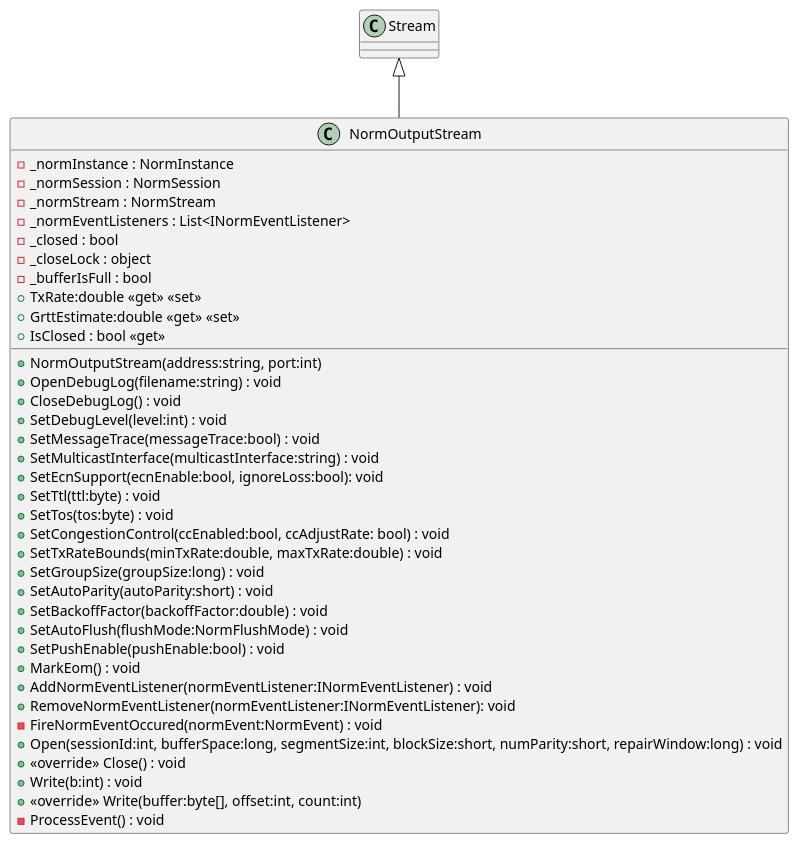
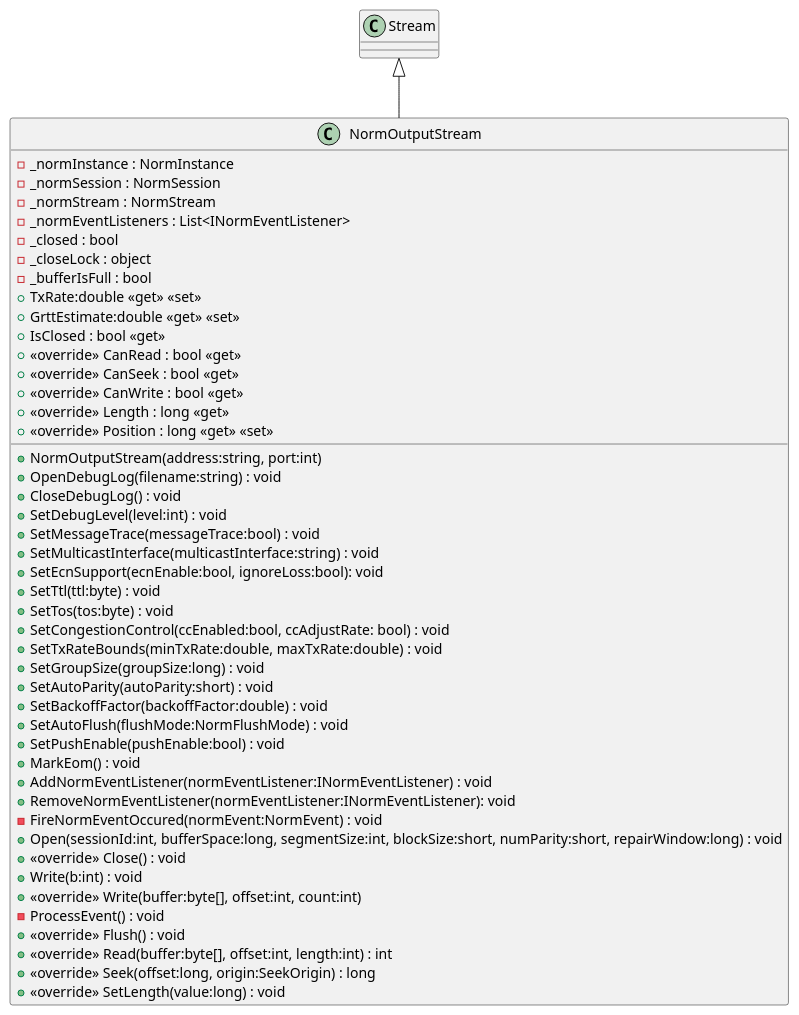
One commit to mullerj/norm changed the diagram in src/dotnet/design/Mil/Navy/Nrl/Norm/IO/NormOutputStream.puml. Above: the diagram before and after it, drawn with PlantUML. The commit also changed 1 other file, not shown here.

```diff
--- a/src/dotnet/design/Mil/Navy/Nrl/Norm/IO/NormOutputStream.puml
+++ b/src/dotnet/design/Mil/Navy/Nrl/Norm/IO/NormOutputStream.puml
@@ -1,40 +1,49 @@
 @startuml
 class NormOutputStream {
     - _normInstance : NormInstance
     - _normSession : NormSession
     - _normStream : NormStream
     - _normEventListeners : List<INormEventListener>
     - _closed : bool
     - _closeLock : object
     - _bufferIsFull : bool
     + NormOutputStream(address:string, port:int)
     + OpenDebugLog(filename:string) : void
     + CloseDebugLog() : void
     + SetDebugLevel(level:int) : void
     + SetMessageTrace(messageTrace:bool) : void
     + SetMulticastInterface(multicastInterface:string) : void
     + SetEcnSupport(ecnEnable:bool, ignoreLoss:bool): void
     + SetTtl(ttl:byte) : void
     + SetTos(tos:byte) : void
     + SetCongestionControl(ccEnabled:bool, ccAdjustRate: bool) : void
     + SetTxRateBounds(minTxRate:double, maxTxRate:double) : void
     + TxRate:double <<get>> <<set>>
     + GrttEstimate:double <<get>> <<set>>
     + SetGroupSize(groupSize:long) : void
     + SetAutoParity(autoParity:short) : void
     + SetBackoffFactor(backoffFactor:double) : void
     + SetAutoFlush(flushMode:NormFlushMode) : void
     + SetPushEnable(pushEnable:bool) : void
     + MarkEom() : void
     + AddNormEventListener(normEventListener:INormEventListener) : void
     + RemoveNormEventListener(normEventListener:INormEventListener): void
     - FireNormEventOccured(normEvent:NormEvent) : void
     + Open(sessionId:int, bufferSpace:long, segmentSize:int, blockSize:short, numParity:short, repairWindow:long) : void
     + <<override>> Close() : void
     + IsClosed : bool <<get>>
     + Write(b:int) : void
     + <<override>> Write(buffer:byte[], offset:int, count:int)
     - ProcessEvent() : void
+    + <<override>> Flush() : void
+    + <<override>> Read(buffer:byte[], offset:int, length:int) : int
+    + <<override>> Seek(offset:long, origin:SeekOrigin) : long
+    + <<override>> SetLength(value:long) : void
+    + <<override>> CanRead : bool <<get>>
+    + <<override>> CanSeek : bool <<get>>
+    + <<override>> CanWrite : bool <<get>>
+    + <<override>> Length : long <<get>>
+    + <<override>> Position : long <<get>> <<set>>
 }
 Stream <|-- NormOutputStream
 @enduml
```
